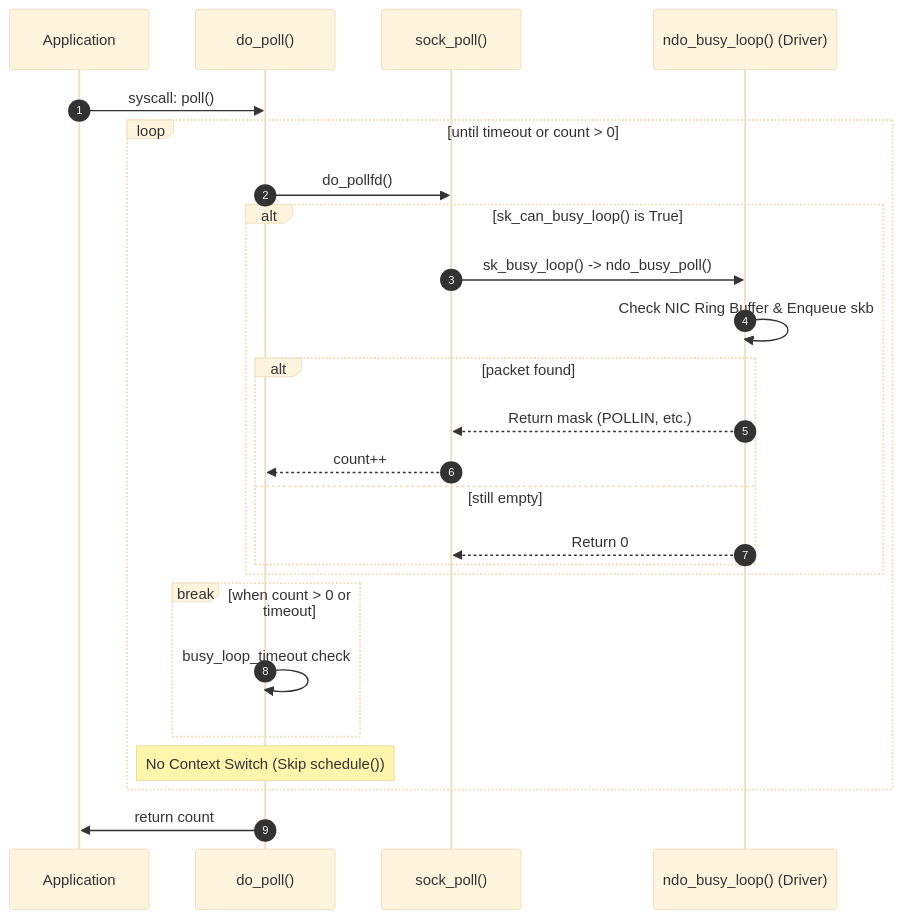
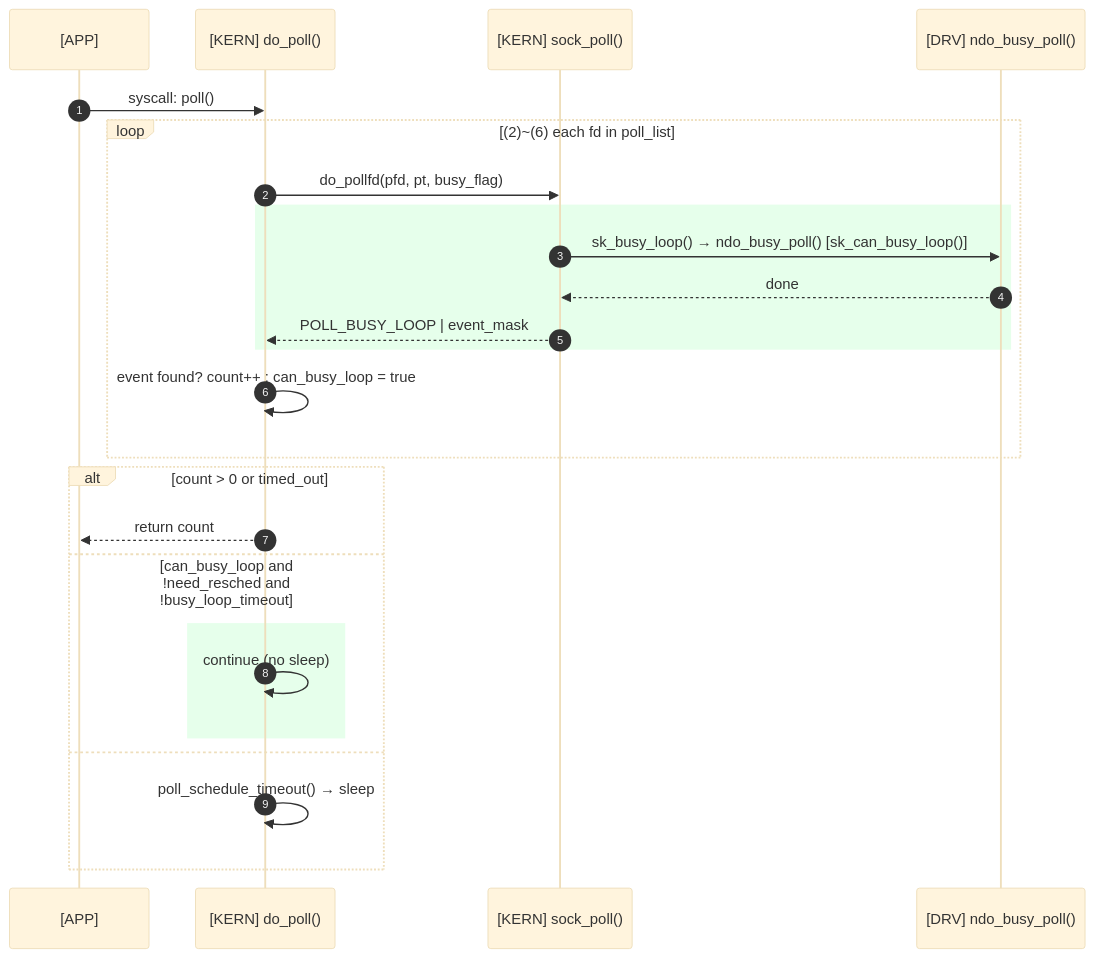
Before and after one commit to nuri-hwang/linux-network-posts: the fifth of 5 diagrams in posts/napi/04-busy-poll-02-low-latency-socket.md, drawn with Mermaid (base theme). The commit also changed other lines of this file and 1 other file, not shown here.

Commit message:
Rewrite: NAPI busy poll(1/3, 2/3) posts from code-centric to diagram-centric format

````diff
--- a/posts/napi/04-busy-poll-02-low-latency-socket.md
+++ b/posts/napi/04-busy-poll-02-low-latency-socket.md
@@ -574,34 +172,28 @@
 ```mermaid
 sequenceDiagram
     autonumber
-    participant app as Application
-    participant do_poll as do_poll()
-    participant sock_poll as sock_poll()
-    participant ndo_busy_loop as ndo_busy_loop() (Driver)
+    participant app as [APP]
+    participant kern as [KERN] do_poll()
+    participant sock as [KERN] sock_poll()
+    participant drv as [DRV] ndo_busy_poll()
 
-    app ->> do_poll: syscall: poll()
-    
-    loop until timeout or count > 0
-        do_poll ->> sock_poll: do_pollfd()
-        
-        alt sk_can_busy_loop() is True
-            sock_poll ->> ndo_busy_loop: sk_busy_loop() -> ndo_busy_poll()
-            ndo_busy_loop ->> ndo_busy_loop: Check NIC Ring Buffer & Enqueue skb
-            
-            alt packet found
-                ndo_busy_loop -->> sock_poll: Return mask (POLLIN, etc.)
-                sock_poll -->> do_poll: count++
-            else still empty
-                ndo_busy_loop -->> sock_poll: Return 0
-            end
+    app ->> kern: syscall: poll()
+    loop (2)~(6) each fd in poll_list
+        kern ->> sock: do_pollfd(pfd, pt, busy_flag)
+        rect rgb(230, 255, 235)
+            sock ->> drv: sk_busy_loop() → ndo_busy_poll() [sk_can_busy_loop()]
+            drv -->> sock: done
+            sock -->> kern: POLL_BUSY_LOOP | event_mask
         end
-
-        break when count > 0 or timeout
-            do_poll ->> do_poll: busy_loop_timeout check
+        kern ->> kern: event found? count++ : can_busy_loop = true
+    end
+    alt count > 0 or timed_out
+        kern -->> app: return count
+    else can_busy_loop and !need_resched and !busy_loop_timeout
+        rect rgb(230, 255, 235)
+            kern ->> kern: continue (no sleep)
         end
-        
-        Note over do_poll: No Context Switch (Skip schedule())
+    else
+        kern ->> kern: poll_schedule_timeout() → sleep
     end
-
-    do_poll ->> app: return count
 ```
````
